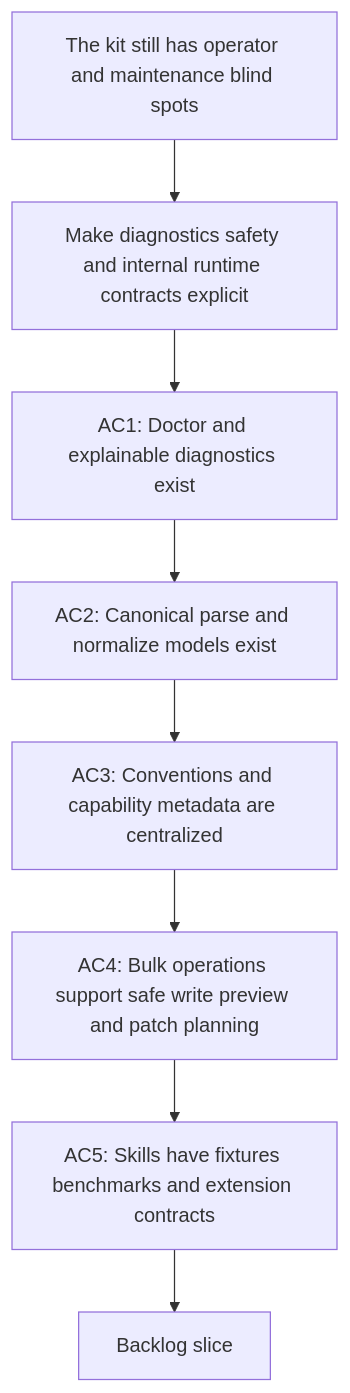
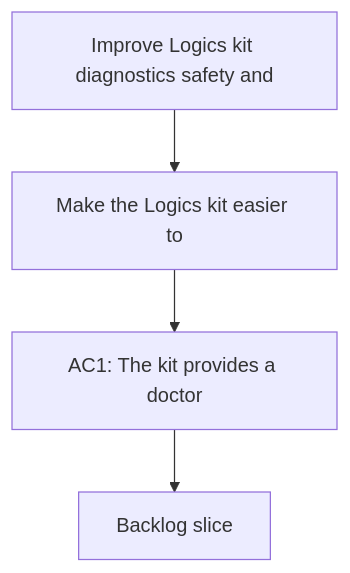
Before and after one commit to AlexAgo83/logics-manager: the diagram in logics/request/req_084_improve_logics_kit_diagnostics_safety_and_internal_runtime_contracts.md, drawn with Mermaid. The commit also changed 481 other files, not shown here.

Commit message:
Normalize Logics docs and workflow indicators

````diff
--- a/logics/request/req_084_improve_logics_kit_diagnostics_safety_and_internal_runtime_contracts.md
+++ b/logics/request/req_084_improve_logics_kit_diagnostics_safety_and_internal_runtime_contracts.md
@@ -24,12 +24,8 @@
 ```mermaid
 %% logics-kind: request
 %% logics-signature: request|improve-logics-kit-diagnostics-safety-an|make-the-logics-kit-easier-to|ac1-the-kit-provides-a-doctor
 flowchart TD
-    Trigger[The kit still has operator and maintenance blind spots] --> Need[Make diagnostics safety and internal runtime contracts explicit]
-    Need --> AC1[AC1: Doctor and explainable diagnostics exist]
-    AC1 --> AC2[AC2: Canonical parse and normalize models exist]
-    AC2 --> AC3[AC3: Conventions and capability metadata are centralized]
-    AC3 --> AC4[AC4: Bulk operations support safe write preview and patch planning]
-    AC4 --> AC5[AC5: Skills have fixtures benchmarks and extension contracts]
-    AC5 --> Backlog[Backlog slice]
+    Trigger[Improve Logics kit diagnostics safety and] --> Need[Make the Logics kit easier to]
+    Need --> Outcome[AC1: The kit provides a doctor]
+    Outcome --> Backlog[Backlog slice]
 ```
````
